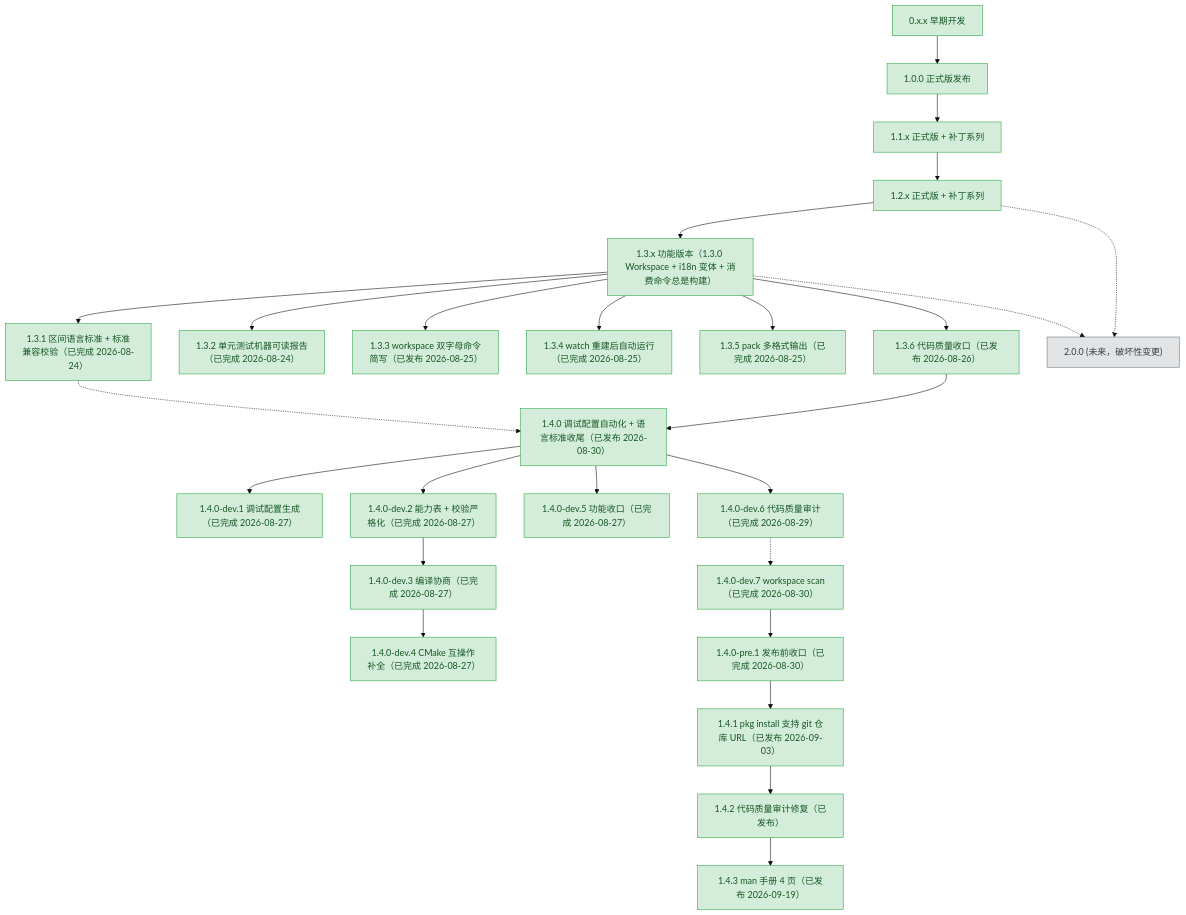
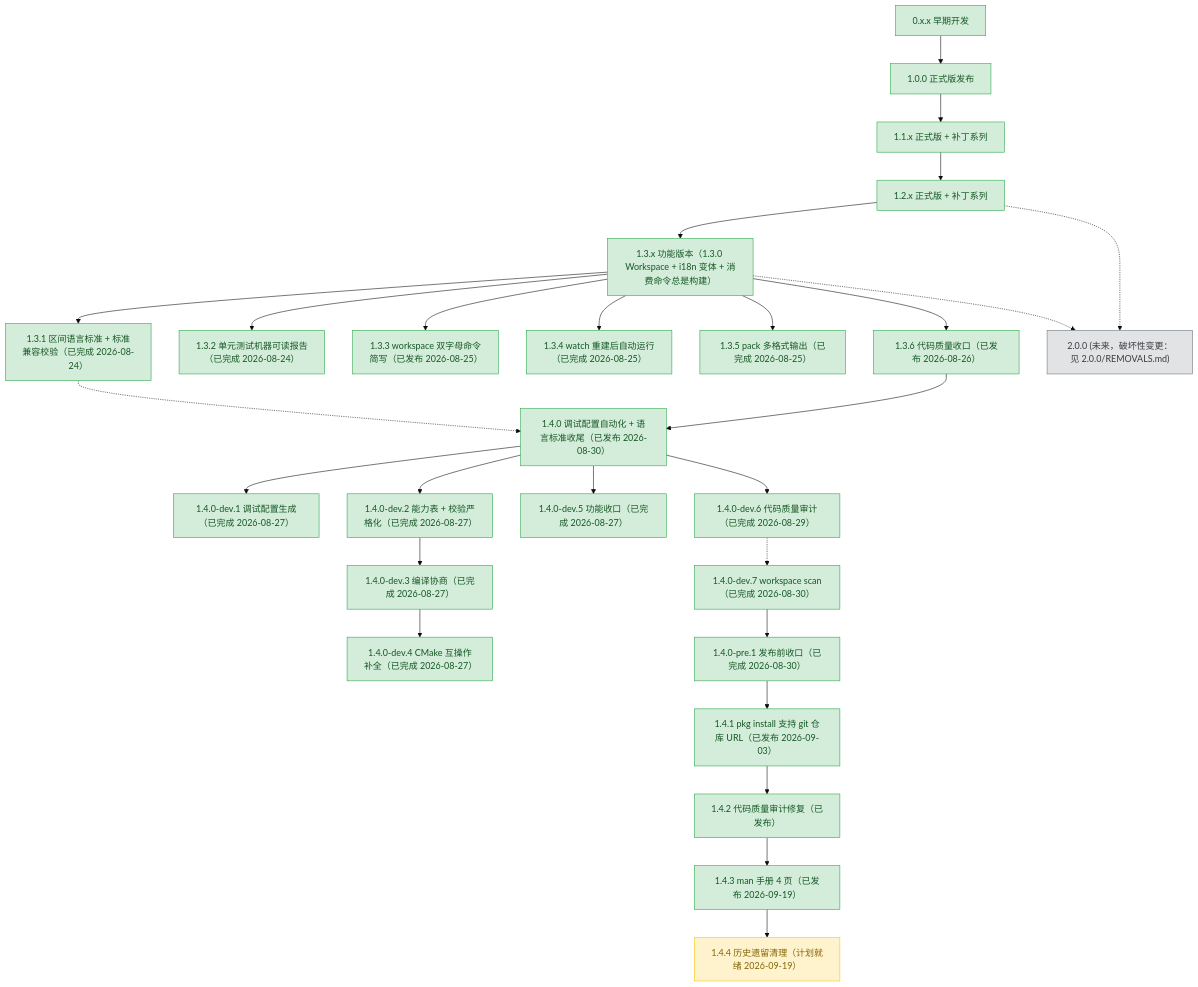
The diagram in plans/README.md (3667808244/EazyMake), drawn with Mermaid (base theme) before and after one commit. The commit also changed other lines of this file and 5 other files, not shown here.

````diff
--- a/plans/README.md
+++ b/plans/README.md
@@ -92,7 +95,8 @@
     v141p["1.4.1 pkg install 支持 git 仓库 URL（已发布 2026-09-03）"]
     v142p["1.4.2 代码质量审计修复（已发布）"]
     v143p["1.4.3 man 手册 4 页（已发布 2026-09-19）"]
-    v200["2.0.0 (未来，破坏性变更)"]
+    v144p["1.4.4 历史遗留清理（计划就绪 2026-09-19）"]
+    v200["2.0.0 (未来，破坏性变更：见 2.0.0/REMOVALS.md)"]
 
     v0xx --> v100
     v100 --> v11x
@@ -116,6 +120,7 @@
     v148 --> v141p
     v141p --> v142p
     v142p --> v143p
+    v143p --> v144p
     v131 -.-> v140
     v12x -.-> v200
     v13x -.-> v200
@@ -146,5 +151,6 @@
     class v141p done;
     class v142p done;
     class v143p done;
+    class v144p active;
     class v200 todo;
 ```
````
